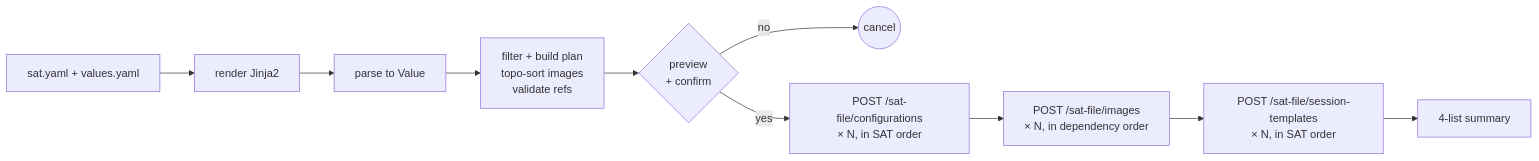
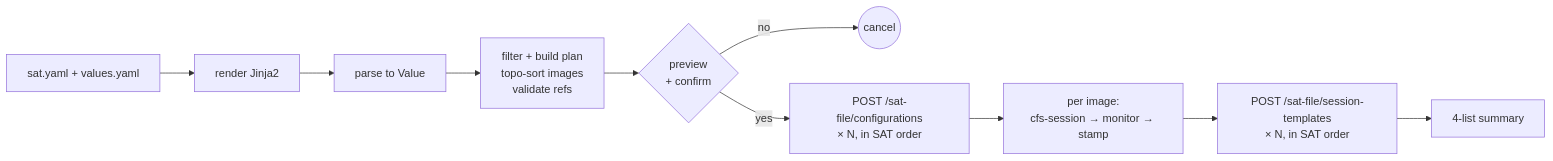
The first of 2 diagrams in GUIDE.md (eth-cscs/manta), drawn with Mermaid before and after one commit. The commit also changed other lines of this file and 1 other file, not shown here.

First line of the commit message:
docs(sat-file): describe CLI-driven 3-step image build flow

````diff
--- a/GUIDE.md
+++ b/GUIDE.md
@@ -119,12 +121,12 @@
 ```mermaid
 flowchart LR
   A[sat.yaml + values.yaml] --> B[render Jinja2]
   B --> C[parse to Value]
   C --> D[filter + build plan<br/>topo-sort images<br/>validate refs]
   D --> E{preview<br/>+ confirm}
   E -->|no| X((cancel))
   E -->|yes| F[POST /sat-file/configurations<br/>× N, in SAT order]
-  F --> G[POST /sat-file/images<br/>× N, in dependency order]
+  F --> G[per image:<br/>cfs-session → monitor → stamp]
   G --> H[POST /sat-file/session-templates<br/>× N, in SAT order]
   H --> I[4-list summary]
 ```
````
